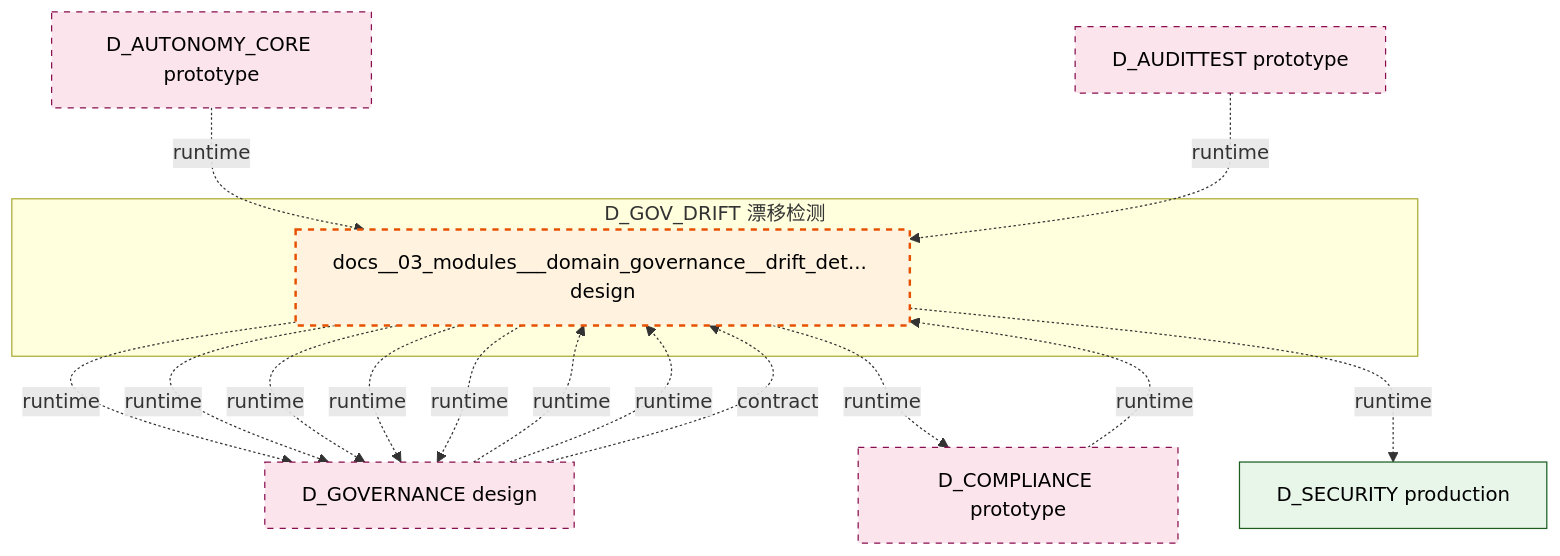
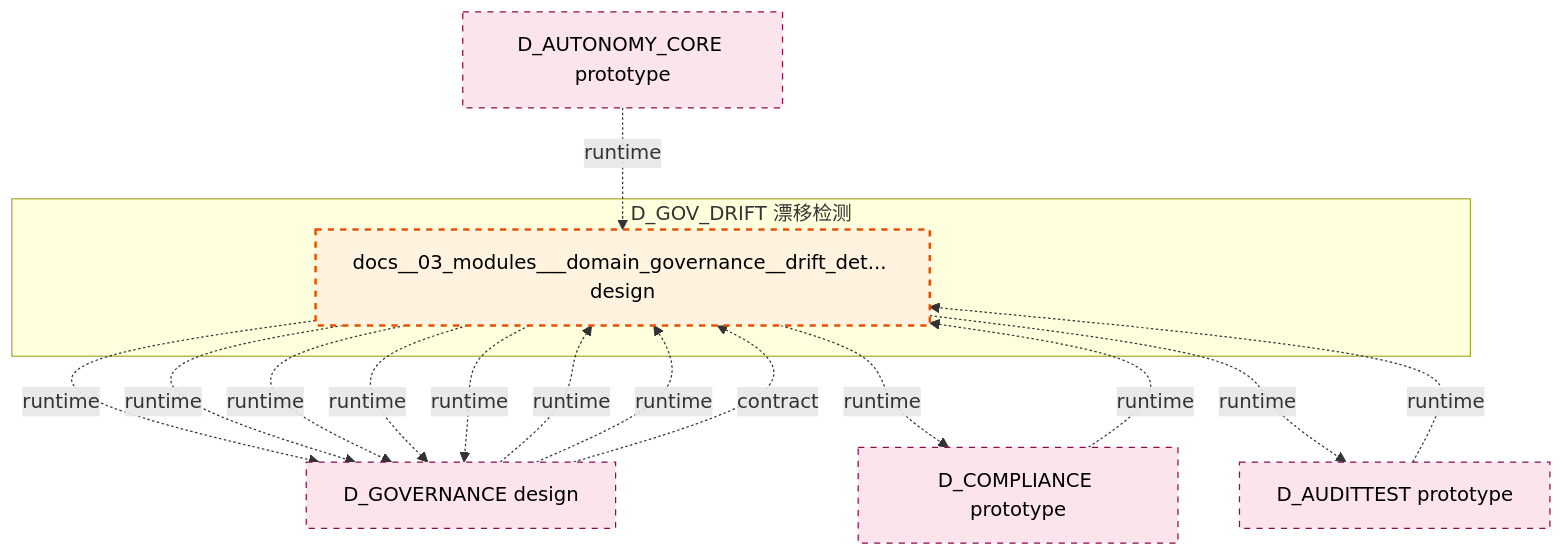
Before and after one commit to xuanFelixVan/ZephyrAlpha: the diagram in docs/02_enterprise_architecture/02_domain_architecture_docs/36_d_gov_drift.md, drawn with Mermaid. The commit also changed other lines of this file and 105 other files, not shown here.

````diff
--- a/docs/02_enterprise_architecture/02_domain_architecture_docs/36_d_gov_drift.md
+++ b/docs/02_enterprise_architecture/02_domain_architecture_docs/36_d_gov_drift.md
@@ -47,31 +47,29 @@
 ```mermaid
 graph TD
     subgraph D_GOV_DRIFT["D_GOV_DRIFT 漂移检测"]
         docs_03_modules_domain_governance_drift_detector_blueprint_md["docs__03_modules___domain_governance__drift_det... design"]
     end
     D_GOVERNANCE["D_GOVERNANCE design"]
     docs_03_modules_domain_governance_drift_detector_blueprint_md -.->|runtime| D_GOVERNANCE
     docs_03_modules_domain_governance_drift_detector_blueprint_md -.->|runtime| D_GOVERNANCE
     D_COMPLIANCE["D_COMPLIANCE prototype"]
     docs_03_modules_domain_governance_drift_detector_blueprint_md -.->|runtime| D_COMPLIANCE
-    D_SECURITY["D_SECURITY production"]
-    docs_03_modules_domain_governance_drift_detector_blueprint_md -.->|runtime| D_SECURITY
+    D_AUDITTEST["D_AUDITTEST prototype"]
+    docs_03_modules_domain_governance_drift_detector_blueprint_md -.->|runtime| D_AUDITTEST
     docs_03_modules_domain_governance_drift_detector_blueprint_md -.->|runtime| D_GOVERNANCE
     docs_03_modules_domain_governance_drift_detector_blueprint_md -.->|runtime| D_GOVERNANCE
     docs_03_modules_domain_governance_drift_detector_blueprint_md -.->|runtime| D_GOVERNANCE
     D_COMPLIANCE -.->|runtime| docs_03_modules_domain_governance_drift_detector_blueprint_md
     D_GOVERNANCE -.->|runtime| docs_03_modules_domain_governance_drift_detector_blueprint_md
     D_GOVERNANCE -.->|runtime| docs_03_modules_domain_governance_drift_detector_blueprint_md
     D_GOVERNANCE -.->|contract| docs_03_modules_domain_governance_drift_detector_blueprint_md
     D_AUTONOMY_CORE["D_AUTONOMY_CORE prototype"]
     D_AUTONOMY_CORE -.->|runtime| docs_03_modules_domain_governance_drift_detector_blueprint_md
-    D_AUDITTEST["D_AUDITTEST prototype"]
     D_AUDITTEST -.->|runtime| docs_03_modules_domain_governance_drift_detector_blueprint_md
     classDef production fill:#e1f5fe,stroke:#01579b,stroke-width:2px,color:#000
     classDef design fill:#fff3e0,stroke:#e65100,stroke-width:2px,color:#000,stroke-dasharray: 5 5
     classDef external_prod fill:#e8f5e9,stroke:#1b5e20,stroke-width:1px,color:#000
     classDef external_design fill:#fce4ec,stroke:#880e4f,stroke-width:1px,color:#000,stroke-dasharray: 5 5
     class docs_03_modules_domain_governance_drift_detector_blueprint_md design
-    class D_SECURITY external_prod
-    class D_GOVERNANCE,D_COMPLIANCE,D_AUTONOMY_CORE,D_AUDITTEST external_design
+    class D_GOVERNANCE,D_COMPLIANCE,D_AUDITTEST,D_AUTONOMY_CORE external_design
 ```
````
